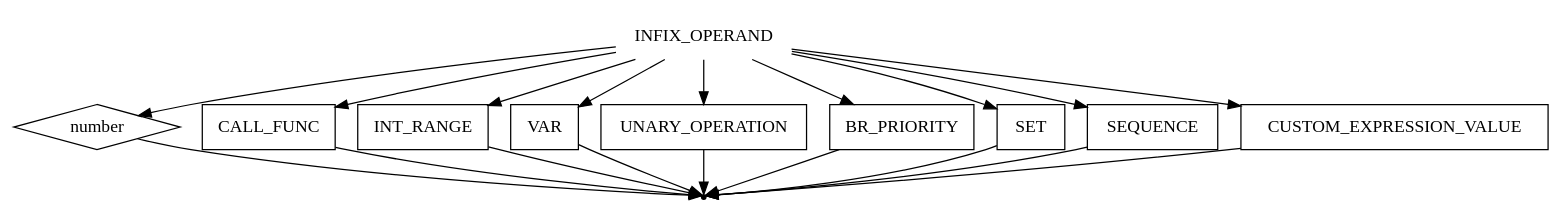
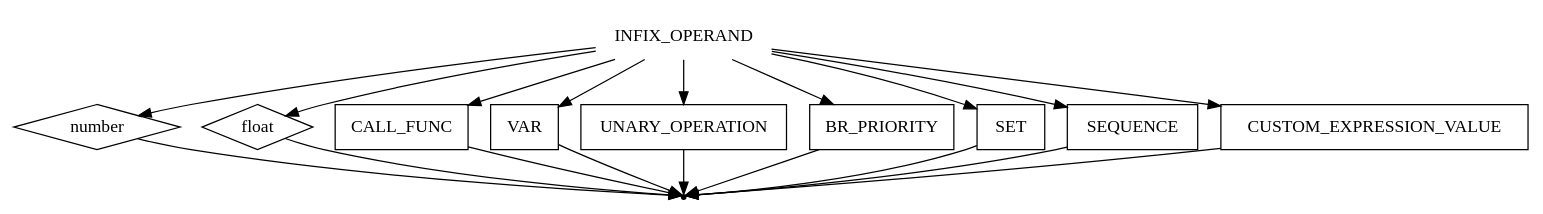
The diagram in pseudocode/infix_operand.gv (ayu-f/DSL_Pseudocode), drawn with Graphviz before and after one commit. The commit also changed 71 other files, not shown here.

```diff
--- a/pseudocode/infix_operand.gv
+++ b/pseudocode/infix_operand.gv
@@ -1,34 +1,34 @@
 digraph INFIX_OPERAND {
     start [label=INFIX_OPERAND shape=plaintext]
     int_const [label=number shape=diamond]
+    float_const [label=float shape=diamond]
     call_func [label=CALL_FUNC shape=box]
-    int_range [label=INT_RANGE shape=box]
     var [label=VAR shape=box]
     operation_unary [label=UNARY_OPERATION shape=box]
     br_prior [label=BR_PRIORITY shape=box]
     set [label=SET shape=box]
     sequence [label=SEQUENCE shape=box]
     custom_expr_value [label=CUSTOM_EXPRESSION_VALUE shape=box]
 
     end [label="" shape=point]
 
     start -> sequence
     start -> set
     start -> custom_expr_value
     start -> operation_unary
     start -> call_func
     start -> br_prior
     start -> int_const
+    start -> float_const
     start -> var
-    start -> int_range
 
     int_const -> end
+    float_const -> end
     call_func -> end
-    int_range -> end
     var -> end
     operation_unary -> end
     br_prior -> end
     set -> end
     sequence -> end
     custom_expr_value -> end
 }
```
